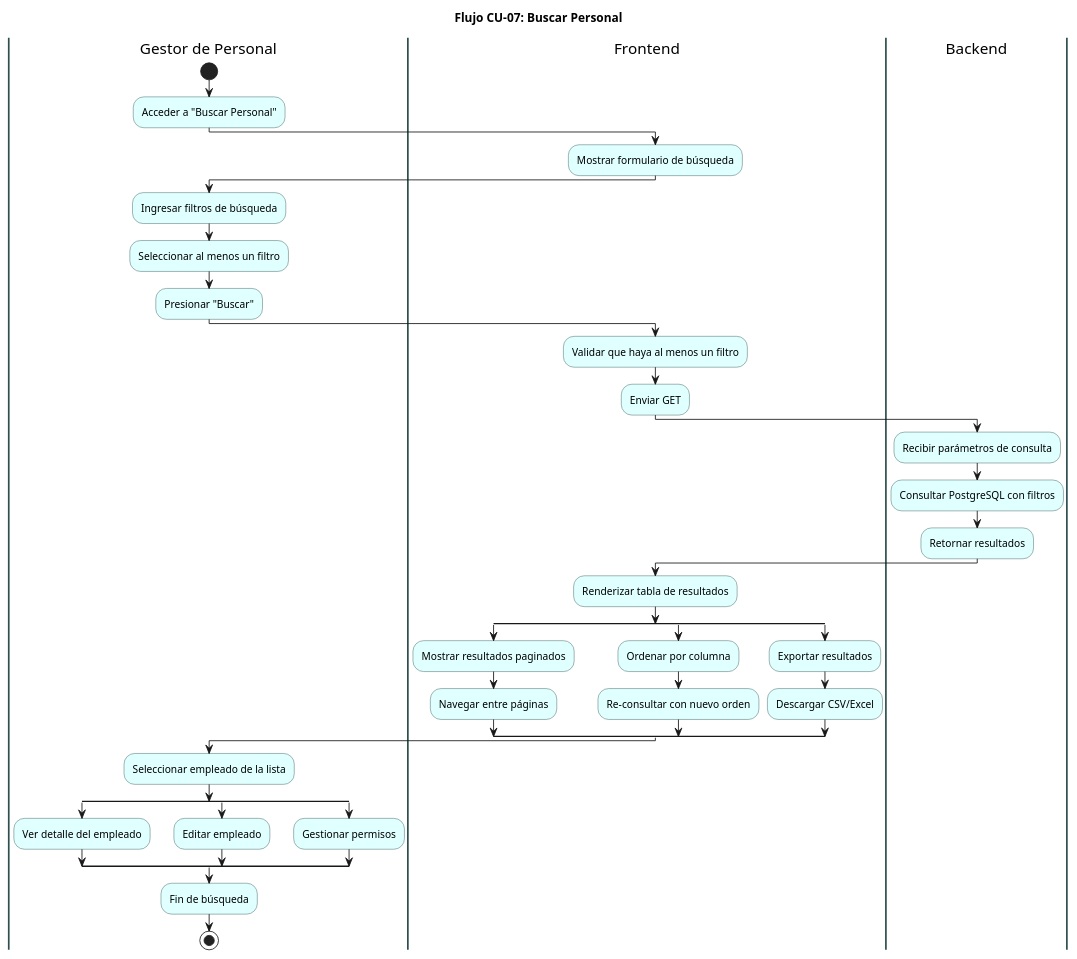
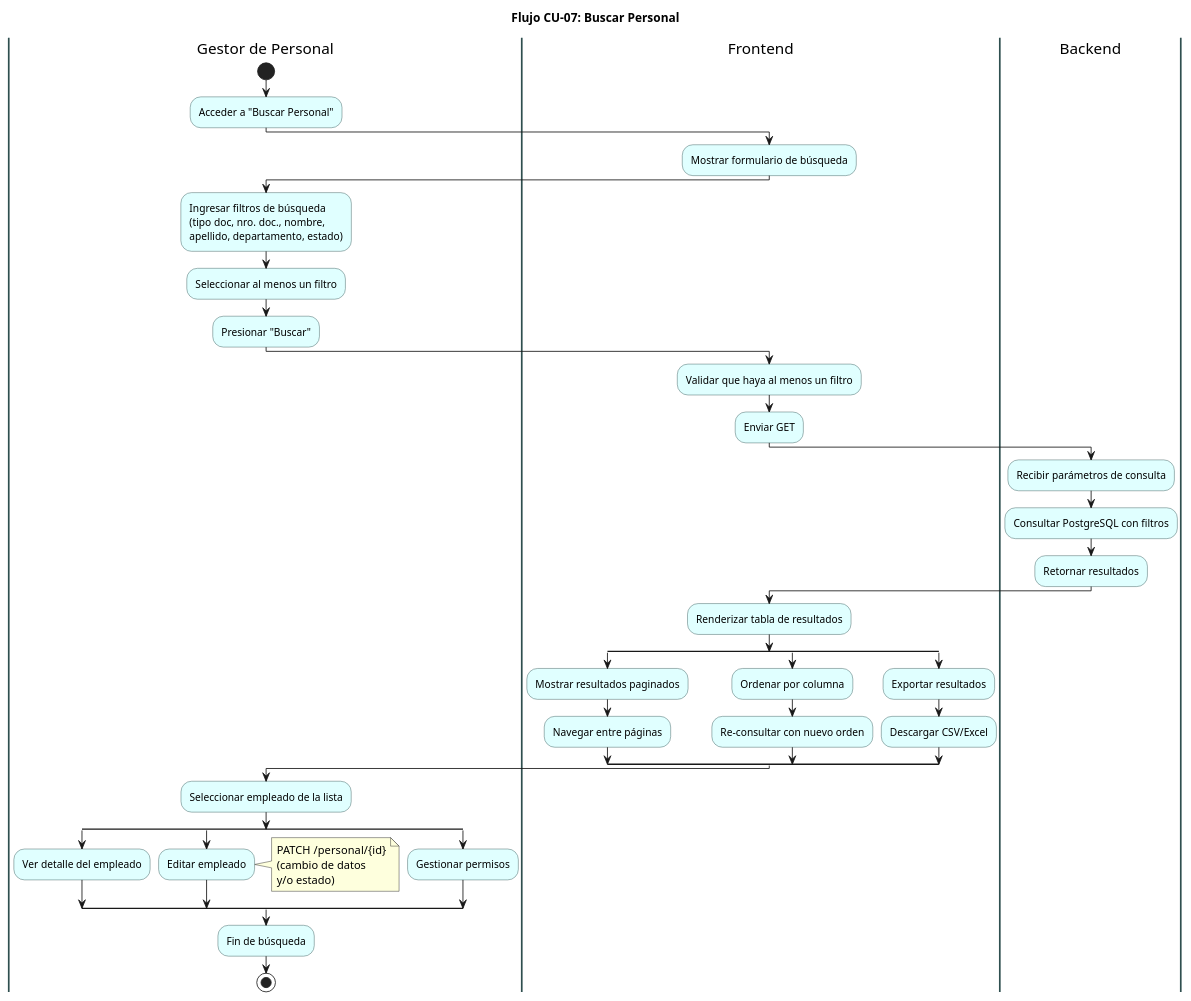
One commit to ElianMMCode/Zone-Control changed the diagram in docs/diagramas/flujo/12_flujo_buscar_personal.puml. Above: the diagram before and after it, drawn with PlantUML. The commit also changed 22 other files, not shown here.

```diff
--- a/docs/diagramas/flujo/12_flujo_buscar_personal.puml
+++ b/docs/diagramas/flujo/12_flujo_buscar_personal.puml
@@ -1,73 +1,74 @@
 @startuml
 title Flujo CU-07: Buscar Personal
 skinparam activity {
   BackgroundColor LightCyan
   BorderColor DarkSlateGray
 }
 skinparam swimlane {
   BorderColor DarkSlateGray
   BorderThickness 2
 }
 
 |Gestor de Personal|
 start
 :Acceder a "Buscar Personal";
 
 |Frontend|
 :Mostrar formulario de búsqueda;
 
 |Gestor de Personal|
-:Ingresar filtros de búsqueda;
+:Ingresar filtros de búsqueda\n(tipo doc, nro. doc., nombre,\napellido, departamento, estado);
 
 :Seleccionar al menos un filtro;
 
 :Presionar "Buscar";
 
 |Frontend|
 :Validar que haya al menos un filtro;
 
 :Enviar GET;
 
 |Backend|
 :Recibir parámetros de consulta;
 
 :Consultar PostgreSQL con filtros;
 
 :Retornar resultados;
 
 |Frontend|
 :Renderizar tabla de resultados;
 
 split
   :Mostrar resultados paginados;
 
   :Navegar entre páginas;
 
 split again
   :Ordenar por columna;
 
   :Re-consultar con nuevo orden;
 
 split again
   :Exportar resultados;
 
   :Descargar CSV/Excel;
 
 end split
 
 |Gestor de Personal|
 :Seleccionar empleado de la lista;
 
 split
   :Ver detalle del empleado;
 split again
   :Editar empleado;
+  note right: PATCH /personal/{id}\n(cambio de datos\ny/o estado)
 split again
   :Gestionar permisos;
 end split
 
 :Fin de búsqueda;
 
 stop
 
 @enduml
```
